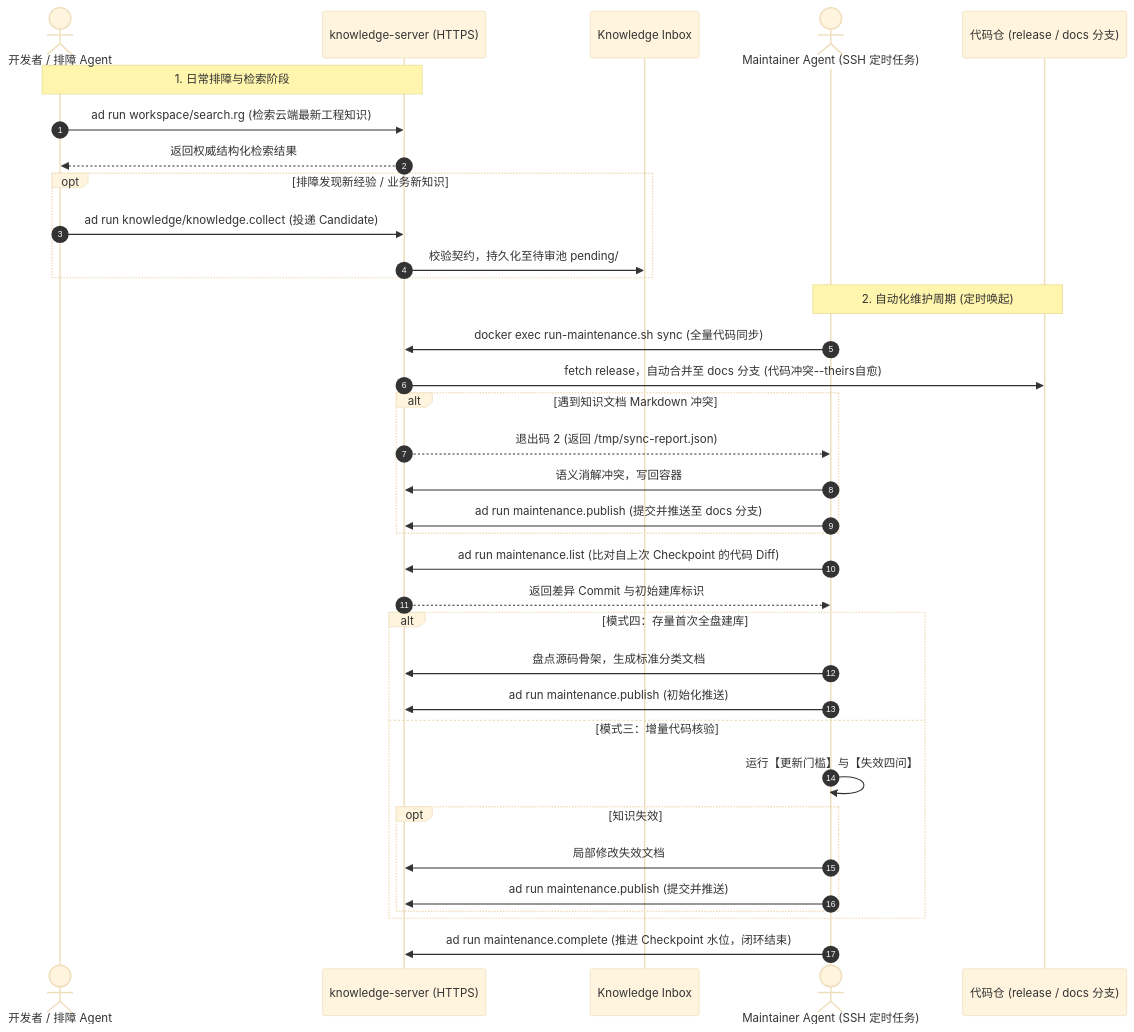
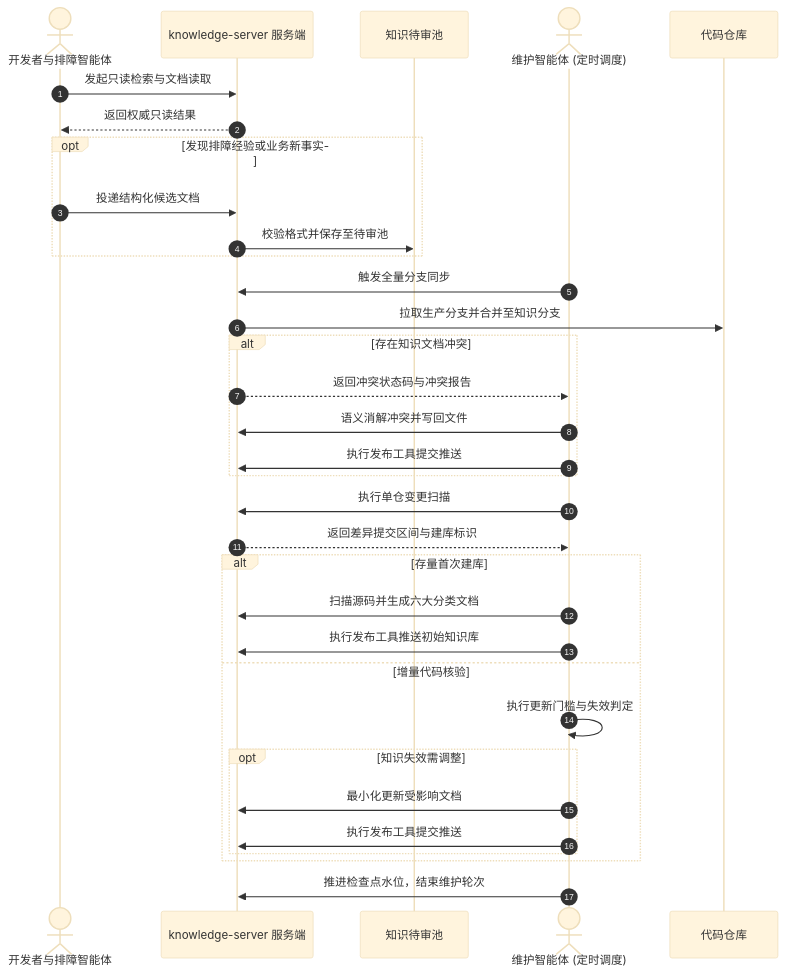
The diagram in docs/design.md (fjay/actiondock-workspace), drawn with Mermaid (base theme) before and after one commit. The commit also changed other lines of this file and 1 other file, not shown here.

````diff
--- a/docs/design.md
+++ b/docs/design.md
@@ -94,44 +91,42 @@
 ```mermaid
 sequenceDiagram
     autonumber
-    actor Dev as 开发者 / 排障 Agent
-    participant Cloud as knowledge-server (HTTPS)
-    participant Inbox as Knowledge Inbox
-    actor Maintainer as Maintainer Agent (SSH 定时任务)
-    participant Git as 代码仓 (release / docs 分支)
+    actor Dev as 开发者与排障智能体
+    participant Cloud as knowledge-server 服务端
+    participant Inbox as 知识待审池
+    actor Maintainer as 维护智能体 (定时调度)
+    participant Git as 代码仓库
 
-    Note over Dev,Cloud: 1. 日常排障与检索阶段
-    Dev->>Cloud: ad run workspace/search.rg (检索云端最新工程知识)
-    Cloud-->>Dev: 返回权威结构化检索结果
+    Dev->>Cloud: 发起只读检索与文档读取
+    Cloud-->>Dev: 返回权威只读结果
     
-    opt 排障发现新经验 / 业务新知识
-        Dev->>Cloud: ad run knowledge/knowledge.collect (投递 Candidate)
-        Cloud->>Inbox: 校验契约，持久化至待审池 pending/
+    opt 发现排障经验或业务新事实
+        Dev->>Cloud: 投递结构化候选文档
+        Cloud->>Inbox: 校验格式并保存至待审池
     end
 
-    Note over Maintainer,Git: 2. 自动化维护周期 (定时唤起)
-    Maintainer->>Cloud: docker exec run-maintenance.sh sync (全量代码同步)
-    Cloud->>Git: fetch release，自动合并至 docs 分支 (代码冲突--theirs自愈)
-    
-    alt 遇到知识文档 Markdown 冲突
-        Cloud-->>Maintainer: 退出码 2 (返回 /tmp/sync-report.json)
-        Maintainer->>Cloud: 语义消解冲突，写回容器
-        Maintainer->>Cloud: ad run maintenance.publish (提交并推送至 docs 分支)
+    Maintainer->>Cloud: 触发全量分支同步
+    Cloud->>Git: 拉取生产分支并合并至知识分支
+
+    alt 存在知识文档冲突
+        Cloud-->>Maintainer: 返回冲突状态码与冲突报告
+        Maintainer->>Cloud: 语义消解冲突并写回文件
+        Maintainer->>Cloud: 执行发布工具提交推送
     end
 
-    Maintainer->>Cloud: ad run maintenance.list (比对自上次 Checkpoint 的代码 Diff)
-    Cloud-->>Maintainer: 返回差异 Commit 与初始建库标识
+    Maintainer->>Cloud: 执行单仓变更扫描
+    Cloud-->>Maintainer: 返回差异提交区间与建库标识
 
-    alt 模式四：存量首次全盘建库
-        Maintainer->>Cloud: 盘点源码骨架，生成标准分类文档
-        Maintainer->>Cloud: ad run maintenance.publish (初始化推送)
-    else 模式三：增量代码核验
-        Maintainer->>Maintainer: 运行【更新门槛】与【失效四问】
-        opt 知识失效
-            Maintainer->>Cloud: 局部修改失效文档
-            Maintainer->>Cloud: ad run maintenance.publish (提交并推送)
+    alt 存量首次建库
+        Maintainer->>Cloud: 扫描源码并生成六大分类文档
+        Maintainer->>Cloud: 执行发布工具推送初始知识库
+    else 增量代码核验
+        Maintainer->>Maintainer: 执行更新门槛与失效判定
+        opt 知识失效需调整
+            Maintainer->>Cloud: 最小化更新受影响文档
+            Maintainer->>Cloud: 执行发布工具提交推送
         end
     end
 
-    Maintainer->>Cloud: ad run maintenance.complete (推进 Checkpoint 水位，闭环结束)
+    Maintainer->>Cloud: 推进检查点水位，结束维护轮次
 ```
````
